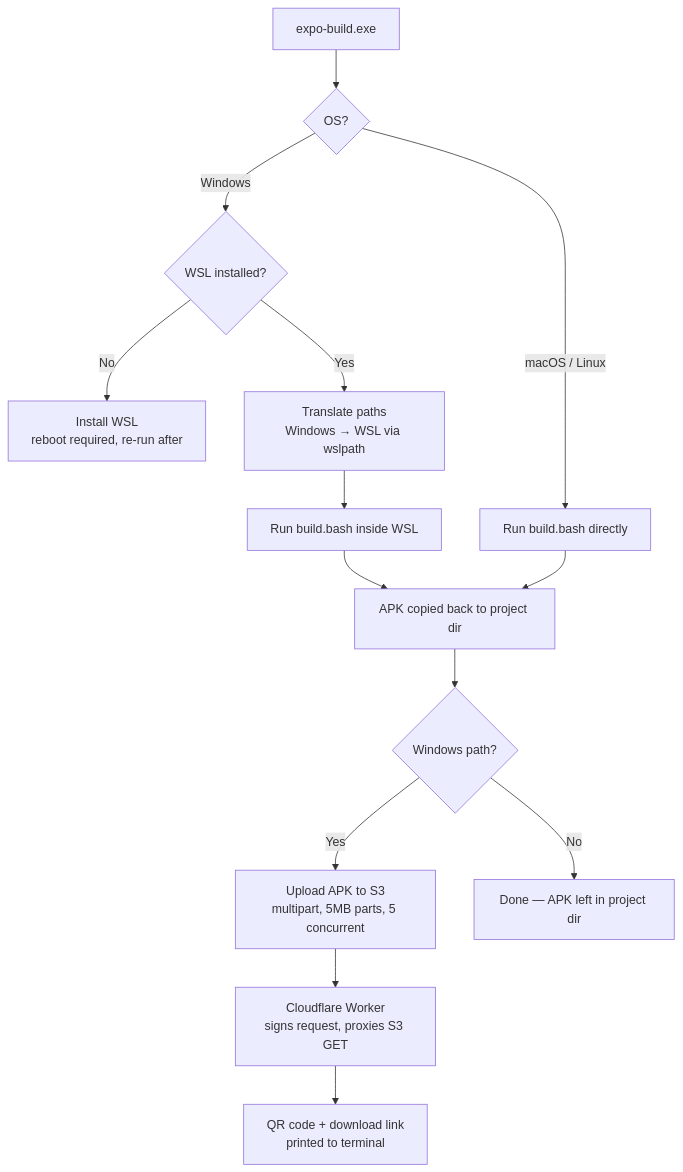
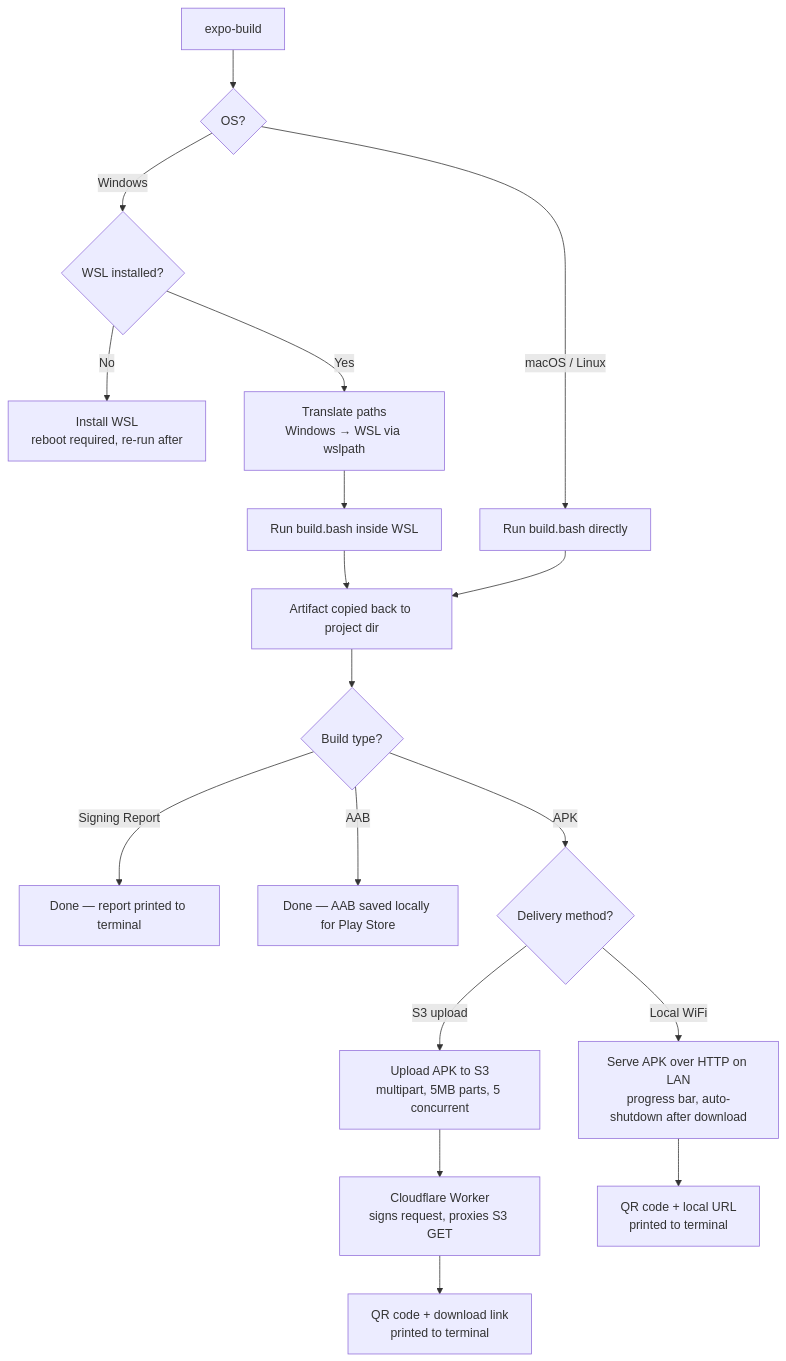
One commit to Kishan-Agarwal-28/expo-build changed the diagram in README.md. Above: the diagram before and after it, drawn with Mermaid. The commit also changed other lines of this file, not shown here.

````diff
--- a/README.md
+++ b/README.md
@@ -32,16 +32,20 @@
 ```mermaid
 flowchart TD
-    A[expo-build.exe] --> B{OS?}
+    A[expo-build] --> B{OS?}
     B -->|Windows| C{WSL installed?}
     C -->|No| D[Install WSL<br/>reboot required, re-run after]
     C -->|Yes| E[Translate paths<br/>Windows → WSL via wslpath]
     E --> F[Run build.bash inside WSL]
     B -->|macOS / Linux| G[Run build.bash directly]
-    F --> H[APK copied back to project dir]
+    F --> H[Artifact copied back to project dir]
     G --> H
-    H --> I{Windows path?}
-    I -->|Yes| J[Upload APK to S3<br/>multipart, 5MB parts, 5 concurrent]
-    J --> K[Cloudflare Worker<br/>signs request, proxies S3 GET]
-    K --> L[QR code + download link<br/>printed to terminal]
-    I -->|No| M[Done — APK left in project dir]
+    H --> I{Build type?}
+    I -->|Signing Report| Z[Done — report printed to terminal]
+    I -->|AAB| Y[Done — AAB saved locally for Play Store]
+    I -->|APK| J{Delivery method?}
+    J -->|Local WiFi| K[Serve APK over HTTP on LAN<br/>progress bar, auto-shutdown after download]
+    J -->|S3 upload| L[Upload APK to S3<br/>multipart, 5MB parts, 5 concurrent]
+    L --> M[Cloudflare Worker<br/>signs request, proxies S3 GET]
+    M --> N[QR code + download link<br/>printed to terminal]
+    K --> O[QR code + local URL<br/>printed to terminal]
 ```
````
